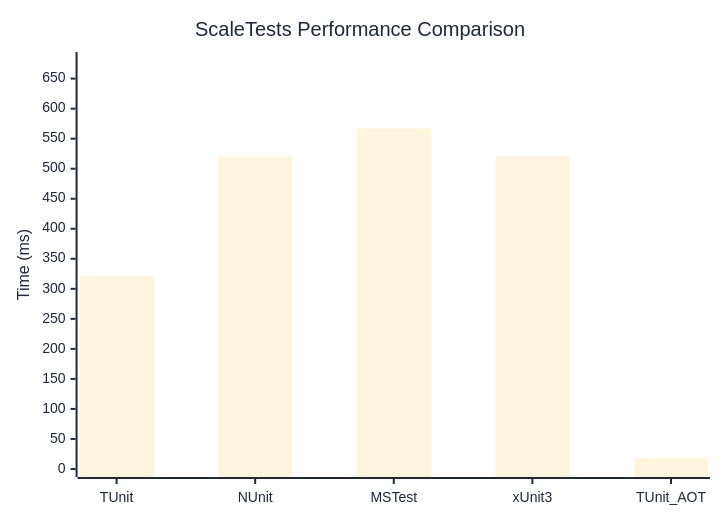
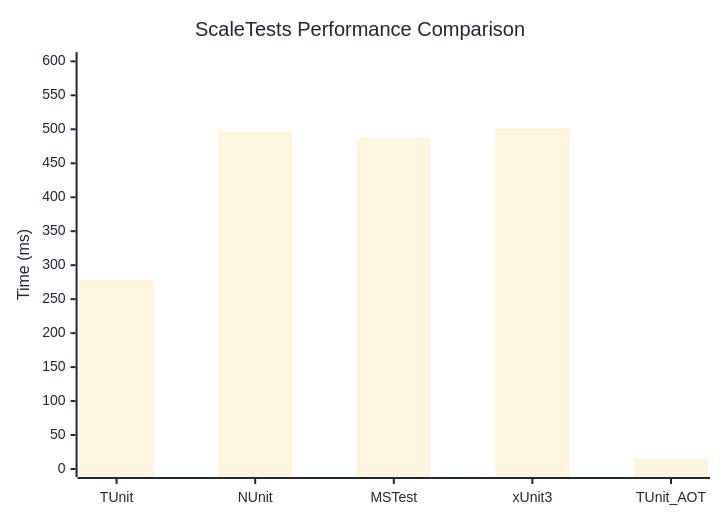
The diagram in docs/docs/benchmarks/engine/ScaleTests.md (thomhurst/TUnit), drawn with Mermaid before and after one commit. The commit also changed other lines of this file and 18 other files, not shown here.

````diff
--- a/docs/docs/benchmarks/engine/ScaleTests.md
+++ b/docs/docs/benchmarks/engine/ScaleTests.md
@@ -29,37 +29,37 @@
 ```mermaid
 %%{init: {
   'theme':'base',
   'themeVariables': {
     'primaryColor': '#2563eb',
     'primaryTextColor': '#1f2937',
     'primaryBorderColor': '#1e40af',
     'lineColor': '#6b7280',
     'secondaryColor': '#7c3aed',
     'tertiaryColor': '#dc2626',
     'background': '#ffffff',
     'mainBkg': '#2563eb',
     'secondBkg': '#7c3aed',
     'tertiaryBkg': '#dc2626',
     'clusterBkg': '#f3f4f6',
     'edgeLabelBackground': '#ffffff',
     'tertiaryTextColor': '#1f2937',
     'pie1': '#2563eb',
     'pie2': '#7c3aed',
     'pie3': '#dc2626',
     'pie4': '#f59e0b',
     'pie5': '#10b981',
     'pie6': '#06b6d4',
     'pie7': '#ec4899',
     'pie8': '#6366f1',
     'pie9': '#84cc16',
     'pie10': '#f97316',
     'pie11': '#14b8a6',
     'pie12': '#a855f7'
   }
 }}%%
 xychart-beta
   title "ScaleTests Performance Comparison"
   x-axis ["TUnit", "NUnit", "MSTest", "xUnit3", "TUnit_AOT"]
-  y-axis "Time (ms)" 0 --> 681
-  bar [320.96, 520.19, 566.98, 520.49, 18.25]
+  y-axis "Time (ms)" 0 --> 602
+  bar [278.49, 496.42, 487.18, 501.2, 14.62]
 ```
````
